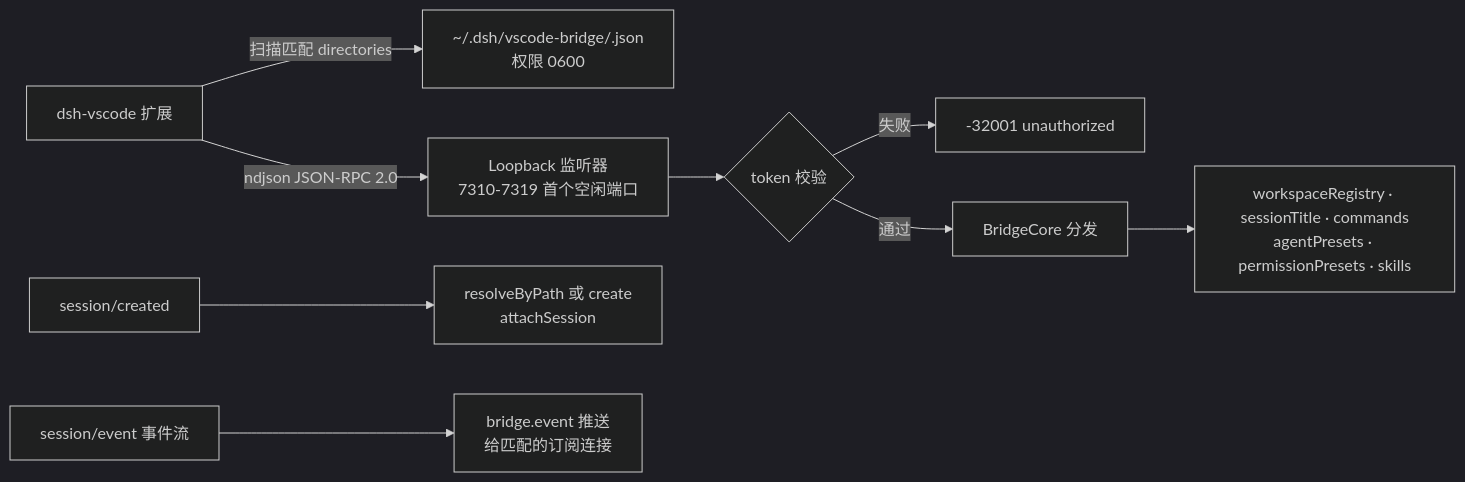
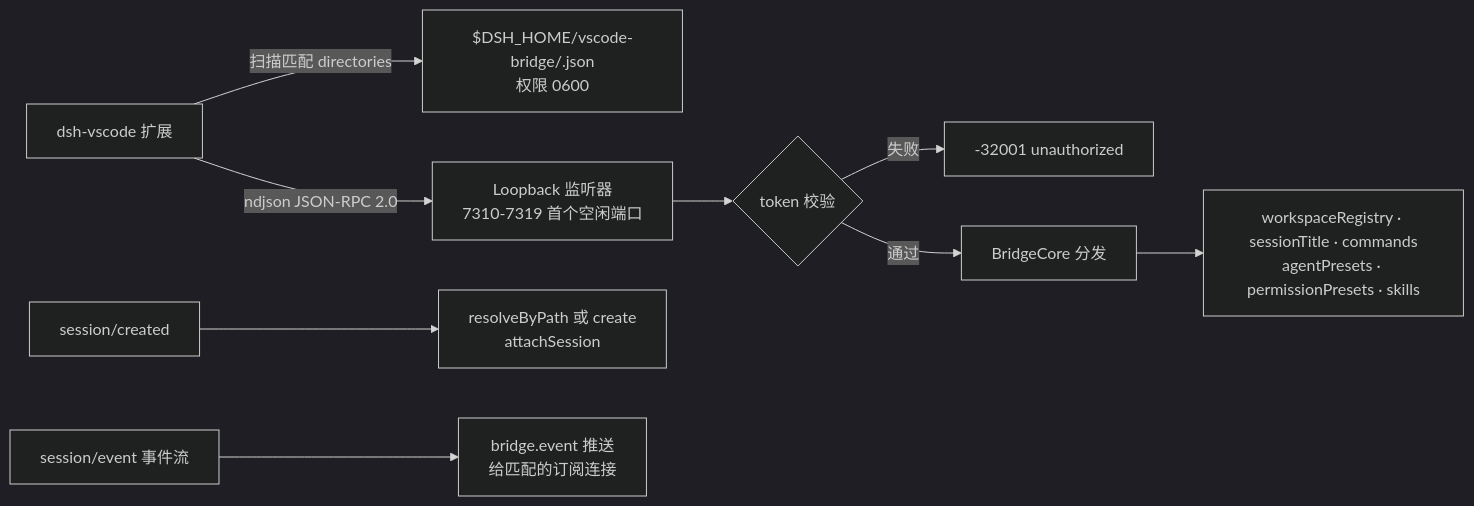
Before and after one commit to EPCN-fla/dsh-vscode-bridge: the diagram in README.md, drawn with Mermaid (dark theme). The commit also changed other lines of this file and 3 other files, not shown here.

````diff
--- a/README.md
+++ b/README.md
@@ -32,11 +32,11 @@
 ```mermaid
 flowchart LR
-    Ext[dsh-vscode 扩展] -->|扫描匹配 directories| Disc[~/.dsh/vscode-bridge/<pid>.json<br/>权限 0600]
+    Ext[dsh-vscode 扩展] -->|扫描匹配 directories| Disc[$DSH_HOME/vscode-bridge/<pid>.json<br/>权限 0600]
     Ext -->|ndjson JSON-RPC 2.0| Tcp[Loopback 监听器<br/>7310-7319 首个空闲端口]
     Tcp --> Auth{token 校验}
     Auth -->|失败| Reject[-32001 unauthorized]
     Auth -->|通过| Core[BridgeCore 分发]
     Core --> Svc[workspaceRegistry · sessionTitle · commands<br/>agentPresets · permissionPresets · skills]
     Created[session/created] --> Attach[resolveByPath 或 create<br/>attachSession]
     Fire[session/event 事件流] --> Push[bridge.event 推送<br/>给匹配的订阅连接]
 ```
````
